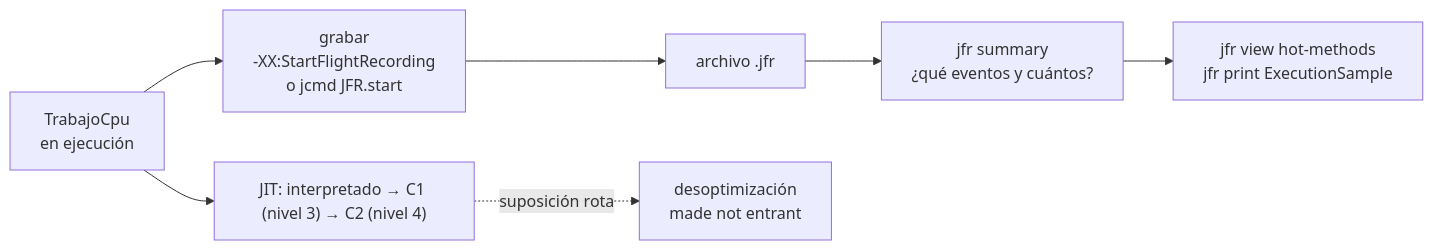
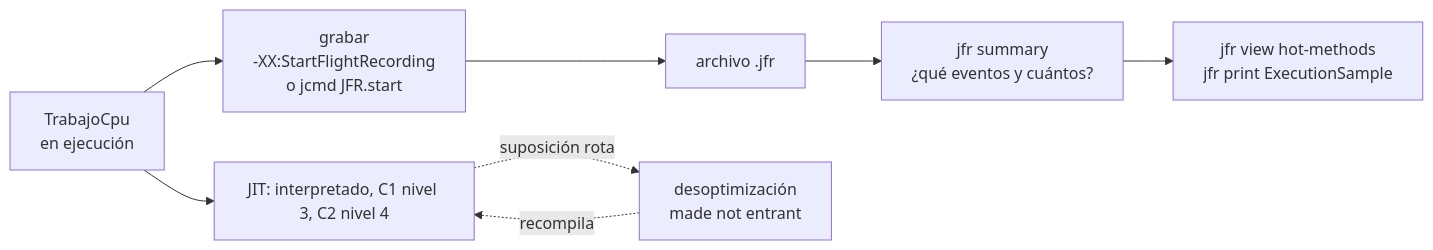
The second of 4 diagrams in web/public/content/java/modulo-11.md (NICORUIZ93/The_Imperial_Book), drawn with Mermaid before and after one commit. The commit also changed other lines of this file and 65 other files, not shown here.

````diff
--- a/web/public/content/java/modulo-11.md
+++ b/web/public/content/java/modulo-11.md
@@ -817,9 +917,10 @@
 ```mermaid
 flowchart LR
   RUN["TrabajoCpu<br/>en ejecución"] --> REC["grabar<br/>-XX:StartFlightRecording<br/>o jcmd JFR.start"]
   REC --> FILE["archivo .jfr"]
   FILE --> SUM["jfr summary<br/>¿qué eventos y cuántos?"]
   SUM --> HOT["jfr view hot-methods<br/>jfr print ExecutionSample"]
-  RUN --> JIT["JIT: interpretado → C1 (nivel 3) → C2 (nivel 4)"]
+  RUN --> JIT["JIT: interpretado, C1 nivel 3, C2 nivel 4"]
   JIT -. "suposición rota" .-> DEOPT["desoptimización<br/>made not entrant"]
+  DEOPT -. "recompila" .-> JIT
 ```
````
